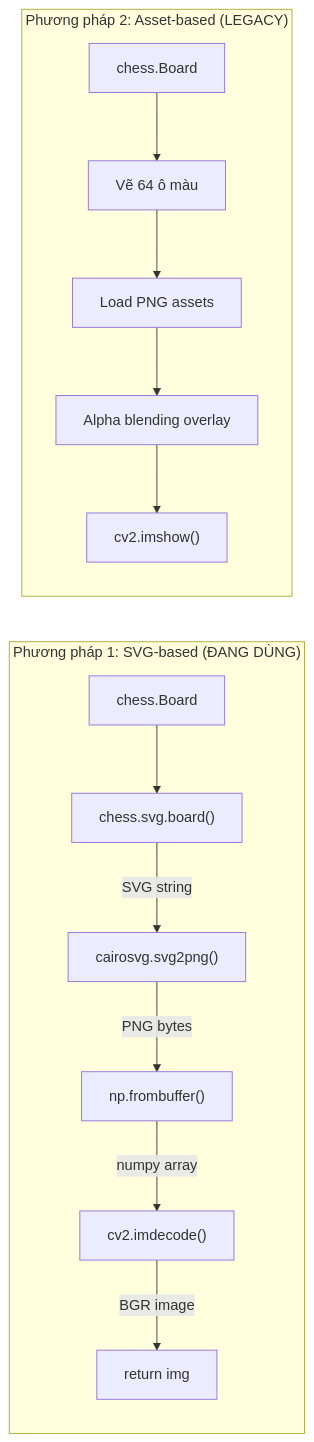
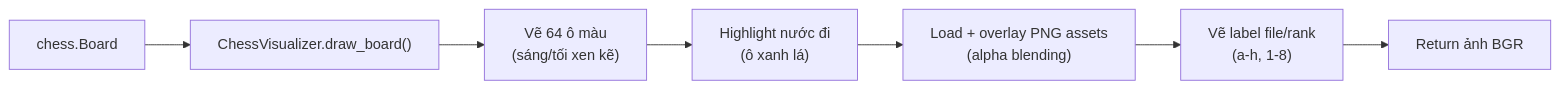
The diagram in logic_visualizer.md (TrGiaHuy1710-valid/testChess), drawn with Mermaid before and after one commit. The commit also changed other lines of this file and 3 other files, not shown here.

````diff
--- a/logic_visualizer.md
+++ b/logic_visualizer.md
@@ -9,17 +9,9 @@
 ```mermaid
 graph LR
-    subgraph "Phương pháp 1: SVG-based (ĐANG DÙNG)"
-        A1["chess.Board"] --> B1["chess.svg.board()"]
-        B1 -->|"SVG string"| C1["cairosvg.svg2png()"]
-        C1 -->|"PNG bytes"| D1["np.frombuffer()"]
-        D1 -->|"numpy array"| E1["cv2.imdecode()"]
-        E1 -->|"BGR image"| F1["return img"]
-    end
-
-    subgraph "Phương pháp 2: Asset-based (LEGACY)"
-        A2["chess.Board"] --> B2["Vẽ 64 ô màu"]
-        B2 --> C2["Load PNG assets"]
-        C2 --> D2["Alpha blending overlay"]
-        D2 --> E2["cv2.imshow()"]
-    end
+    A["chess.Board"] --> B["ChessVisualizer.draw_board()"]
+    B --> C["Vẽ 64 ô màu<br>(sáng/tối xen kẽ)"]
+    C --> D["Highlight nước đi<br>(ô xanh lá)"]
+    D --> E["Load + overlay PNG assets<br>(alpha blending)"]
+    E --> F["Vẽ label file/rank<br>(a-h, 1-8)"]
+    F --> G["Return ảnh BGR"]
 ```
````
